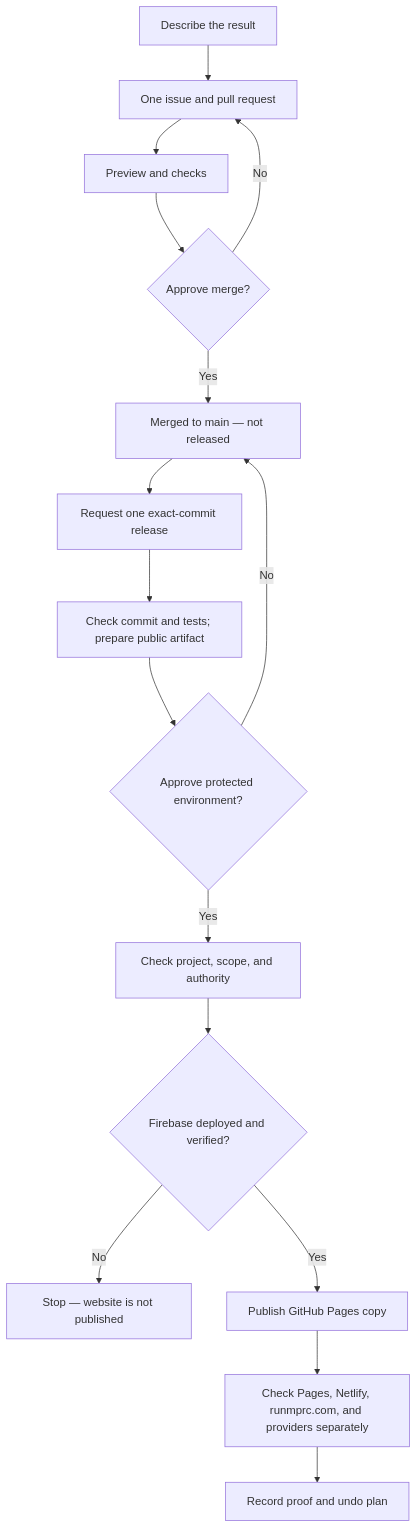
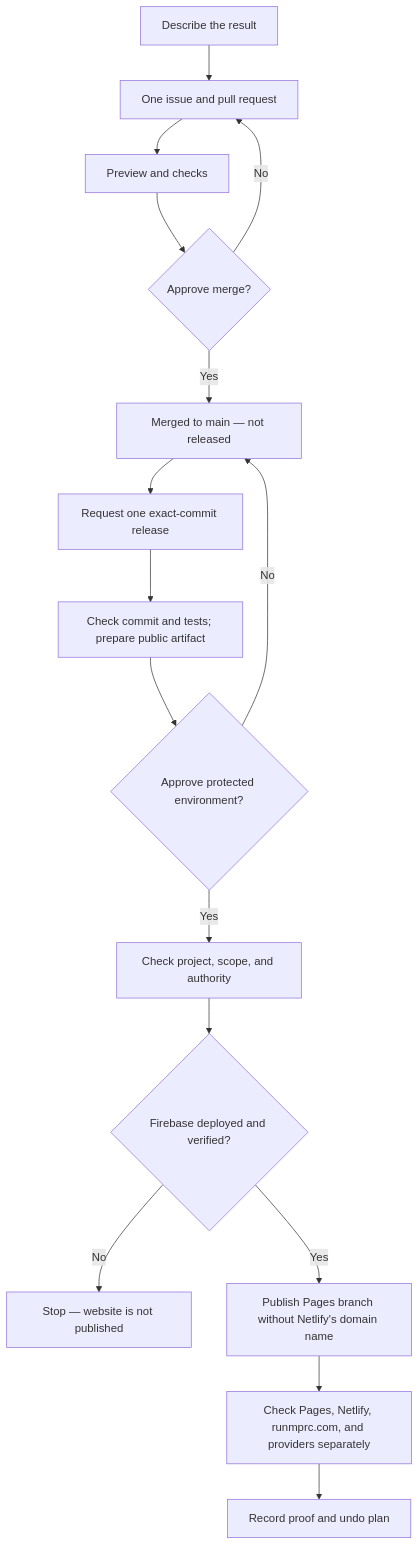
Before and after one commit to Run-MPRC/Run-MPRC.github.io: the diagram in OFFICER_HANDBOOK.md, drawn with Mermaid. The commit also changed other lines of this file and 16 other files, not shown here.

````diff
--- a/OFFICER_HANDBOOK.md
+++ b/OFFICER_HANDBOOK.md
@@ -11,18 +11,18 @@
 ```mermaid
 flowchart TD
     Ask["Describe the result"] --> Track["One issue and pull request"]
     Track --> Preview["Preview and checks"]
     Preview --> Approve{"Approve merge?"}
     Approve -- "No" --> Track
     Approve -- "Yes" --> Merged["Merged to main — not released"]
     Merged --> Request["Request one exact-commit release"]
     Request --> Preflight["Check commit and tests; prepare public artifact"]
     Preflight --> Release{"Approve protected environment?"}
     Release -- "No" --> Merged
     Release -- "Yes" --> Gate["Check project, scope, and authority"]
     Gate --> Backend{"Firebase deployed and verified?"}
     Backend -- "No" --> Stop["Stop — website is not published"]
-    Backend -- "Yes" --> Pages["Publish GitHub Pages copy"]
+    Backend -- "Yes" --> Pages["Publish Pages branch without Netlify's domain name"]
     Pages --> Verify["Check Pages, Netlify, runmprc.com, and providers separately"]
     Verify --> Record["Record proof and undo plan"]
 ```
````
